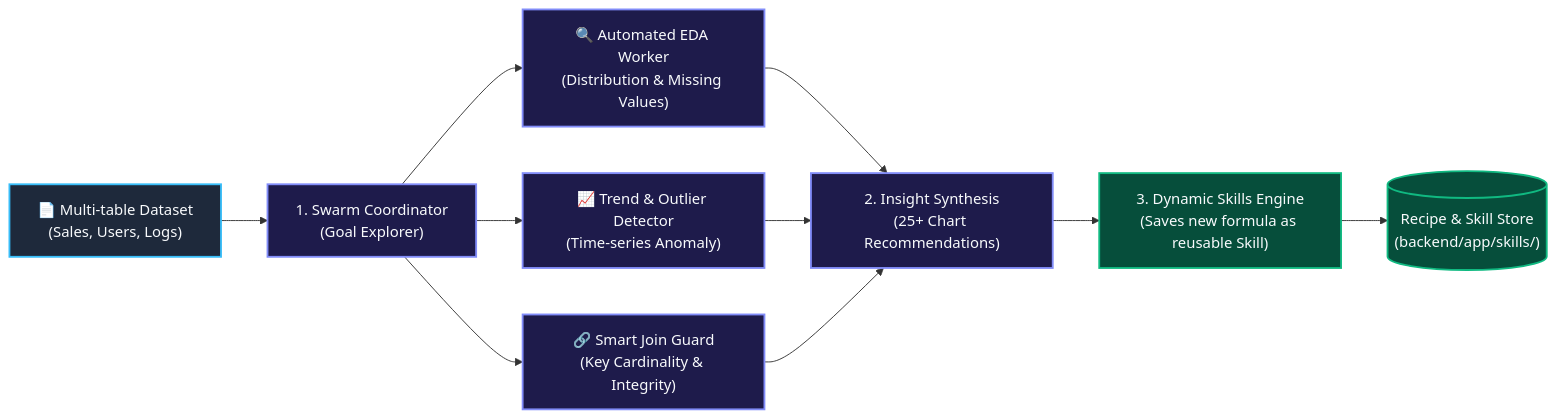
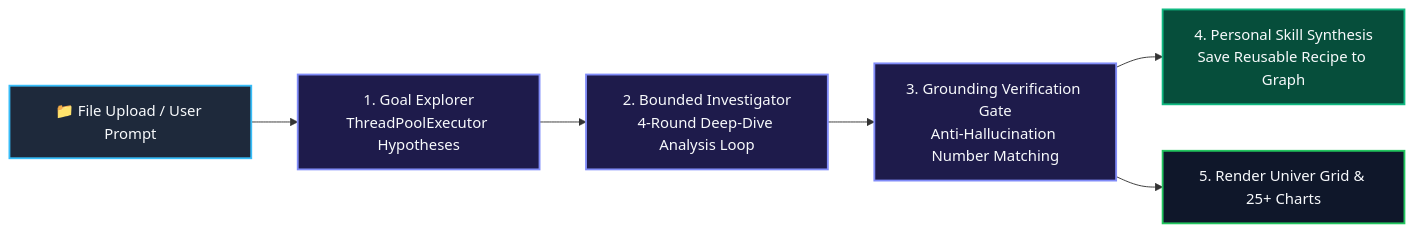
Before and after one commit to cuongtt0201/graphsheet-ai-analyst: the third of 3 diagrams in README.md, drawn with Mermaid. The commit also changed other lines of this file and 2 other files, not shown here.

Commit message:
docs: update comprehensive full-stack architecture in README and fix Mermaid syntax errors

````diff
--- a/README.md
+++ b/README.md
@@ -119,24 +130,13 @@
 ```mermaid
 flowchart LR
     classDef trigger fill:#1e293b,stroke:#38bdf8,stroke-width:2px,color:#f8fafc;
     classDef process fill:#1e1b4b,stroke:#818cf8,stroke-width:2px,color:#f8fafc;
-    classDef skill fill:#064e3b,stroke:#10b981,stroke-width:2px,color:#f8fafc;
+    classDef skills fill:#064e3b,stroke:#10b981,stroke-width:2px,color:#f8fafc;
+    classDef output fill:#0f172a,stroke:#22c55e,stroke-width:2px,color:#f8fafc;
 
-    DATA["📄 Multi-table Dataset
-(Sales, Users, Logs)"]:::trigger --> SWARM["1. Swarm Coordinator
-(Goal Explorer)"]:::process
-    
-    SWARM --> EDA["🔍 Automated EDA Worker
-(Distribution & Missing Values)"]:::process
-    SWARM --> TREND["📈 Trend & Outlier Detector
-(Time-series Anomaly)"]:::process
-    SWARM --> JOIN["🔗 Smart Join Guard
-(Key Cardinality & Integrity)"]:::process
-    
-    EDA & TREND & JOIN --> SYNTH["2. Insight Synthesis
-(25+ Chart Recommendations)"]:::process
-    SYNTH --> LEARN["3. Dynamic Skills Engine
-(Saves new formula as reusable Skill)"]:::skill
-    LEARN --> RECIPE[("Recipe & Skill Store
-(backend/app/skills/)")]:::skill
+    UPLOAD["📁 File Upload / User Prompt"]:::trigger --> EXPLORE["1. Goal Explorer\nThreadPoolExecutor Hypotheses"]:::process
+    EXPLORE --> INVEST["2. Bounded Investigator\n4-Round Deep-Dive Analysis Loop"]:::process
+    INVEST --> HARNESS_CHECK["3. Grounding Verification Gate\nAnti-Hallucination Number Matching"]:::process
+    HARNESS_CHECK --> LEARN["4. Personal Skill Synthesis\nSave Reusable Recipe to Graph"]:::skills
+    HARNESS_CHECK --> DASH["5. Render Univer Grid & 25+ Charts"]:::output
 ```
````
